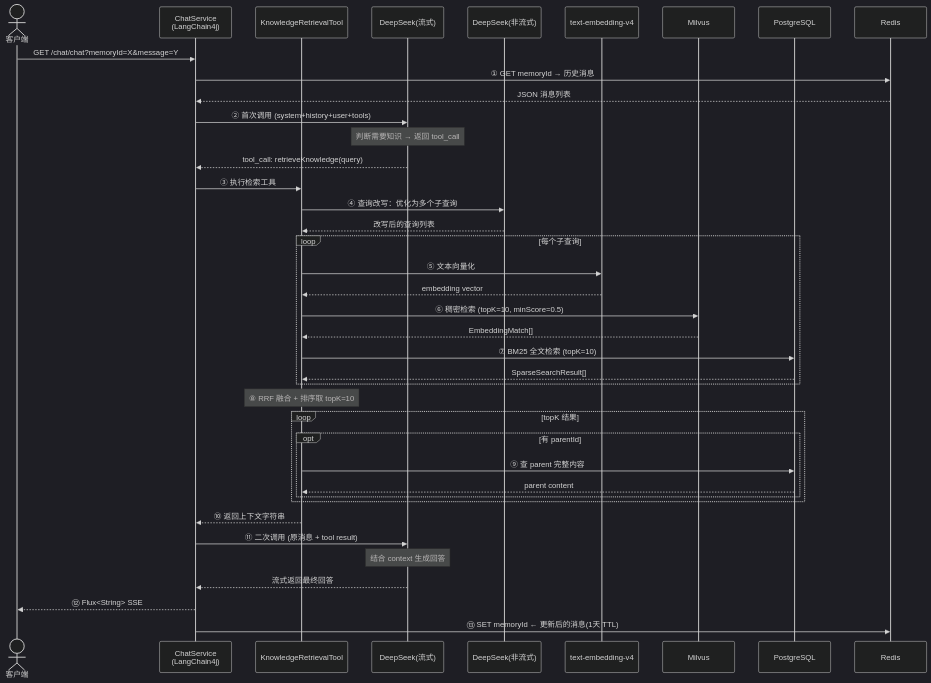
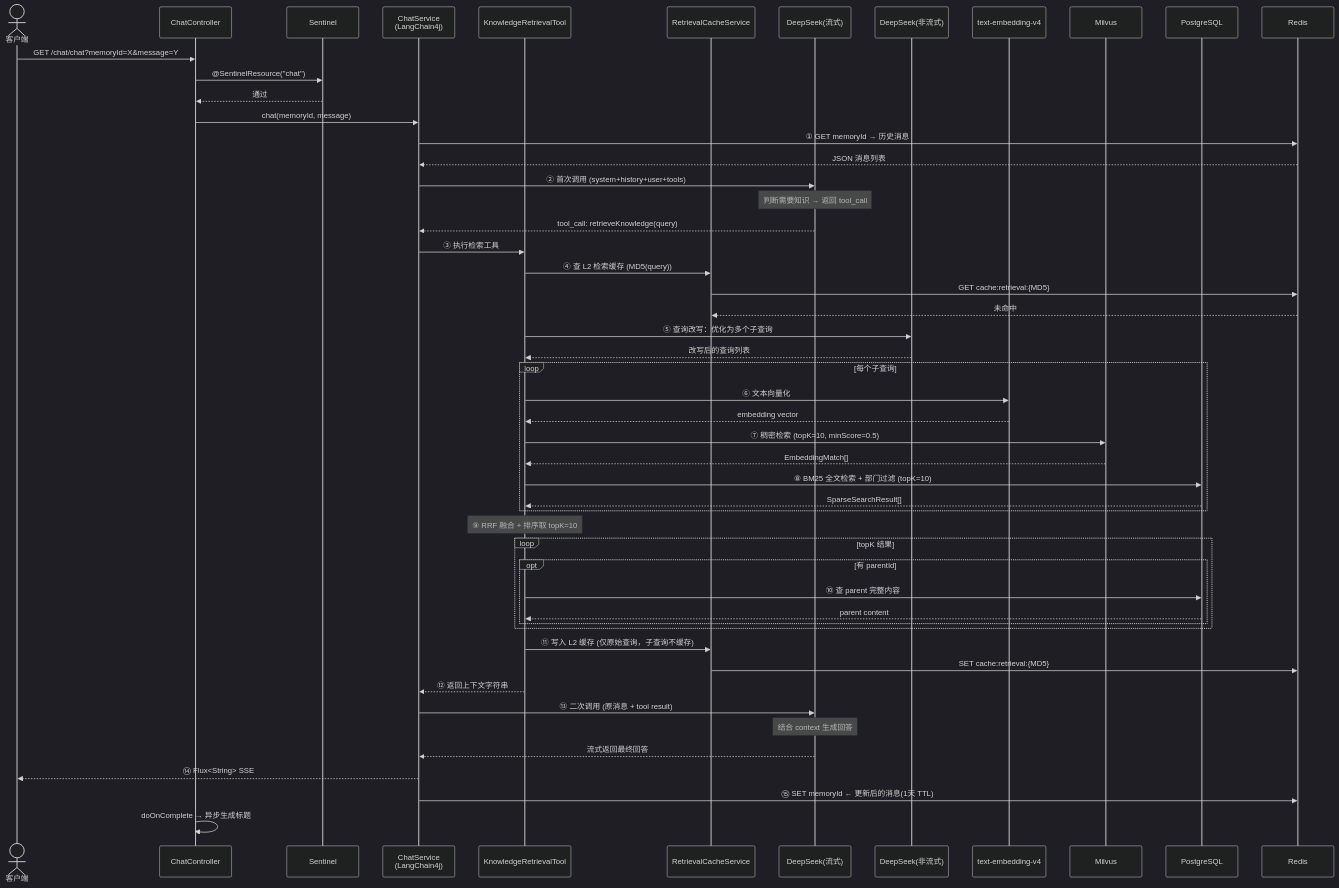
One commit to peijiarui/liar-zhiliao changed the third of 6 diagrams in zhiliao-chat/Chat请求流程.md. Above: the diagram before and after it, drawn with Mermaid (dark theme). The commit also changed other lines of this file and 42 other files, not shown here.

````diff
--- a/zhiliao-chat/Chat请求流程.md
+++ b/zhiliao-chat/Chat请求流程.md
@@ -105,50 +145,67 @@
 ```mermaid
 sequenceDiagram
     actor C as 客户端
+    participant CTL as ChatController
+    participant SN as Sentinel
     participant CS as ChatService<br/>(LangChain4j)
     participant KRT as KnowledgeRetrievalTool
+    participant RCS as RetrievalCacheService
     participant LLM_S as DeepSeek(流式)
     participant LLM_N as DeepSeek(非流式)
     participant EMB as text-embedding-v4
     participant MIL as Milvus
     participant PG as PostgreSQL
     participant R as Redis
 
-    C->>CS: GET /chat/chat?memoryId=X&message=Y
+    C->>CTL: GET /chat/chat?memoryId=X&message=Y
+    CTL->>SN: @SentinelResource("chat")
+    SN-->>CTL: 通过
+
+    CTL->>CS: chat(memoryId, message)
     CS->>R: ① GET memoryId → 历史消息
     R-->>CS: JSON 消息列表
 
     CS->>LLM_S: ② 首次调用 (system+history+user+tools)
     Note over LLM_S: 判断需要知识 → 返回 tool_call
     LLM_S-->>CS: tool_call: retrieveKnowledge(query)
 
     CS->>KRT: ③ 执行检索工具
-    KRT->>LLM_N: ④ 查询改写：优化为多个子查询
+
+    KRT->>RCS: ④ 查 L2 检索缓存 (MD5(query))
+    RCS->>R: GET cache:retrieval:{MD5}
+    R-->>RCS: 未命中
+
+    KRT->>LLM_N: ⑤ 查询改写：优化为多个子查询
     LLM_N-->>KRT: 改写后的查询列表
 
     loop 每个子查询
-        KRT->>EMB: ⑤ 文本向量化
+        KRT->>EMB: ⑥ 文本向量化
         EMB-->>KRT: embedding vector
-        KRT->>MIL: ⑥ 稠密检索 (topK=10, minScore=0.5)
+        KRT->>MIL: ⑦ 稠密检索 (topK=10, minScore=0.5)
         MIL-->>KRT: EmbeddingMatch[]
-        KRT->>PG: ⑦ BM25 全文检索 (topK=10)
+        KRT->>PG: ⑧ BM25 全文检索 + 部门过滤 (topK=10)
         PG-->>KRT: SparseSearchResult[]
     end
 
-    Note over KRT: ⑧ RRF 融合 + 排序取 topK=10
+    Note over KRT: ⑨ RRF 融合 + 排序取 topK=10
 
     loop topK 结果
         opt 有 parentId
-            KRT->>PG: ⑨ 查 parent 完整内容
+            KRT->>PG: ⑩ 查 parent 完整内容
             PG-->>KRT: parent content
         end
     end
 
-    KRT-->>CS: ⑩ 返回上下文字符串
+    KRT->>RCS: ⑪ 写入 L2 缓存 (仅原始查询，子查询不缓存)
+    RCS->>R: SET cache:retrieval:{MD5}
 
-    CS->>LLM_S: ⑪ 二次调用 (原消息 + tool result)
+    KRT-->>CS: ⑫ 返回上下文字符串
+
+    CS->>LLM_S: ⑬ 二次调用 (原消息 + tool result)
     Note over LLM_S: 结合 context 生成回答
     LLM_S-->>CS: 流式返回最终回答
-    CS-->>C: ⑫ Flux<String> SSE
-    CS->>R: ⑬ SET memoryId ← 更新后的消息(1天 TTL)
+
+    CS-->>C: ⑭ Flux<String> SSE
+    CS->>R: ⑮ SET memoryId ← 更新后的消息(1天 TTL)
+    CTL->>CTL: doOnComplete → 异步生成标题
 ```
````
